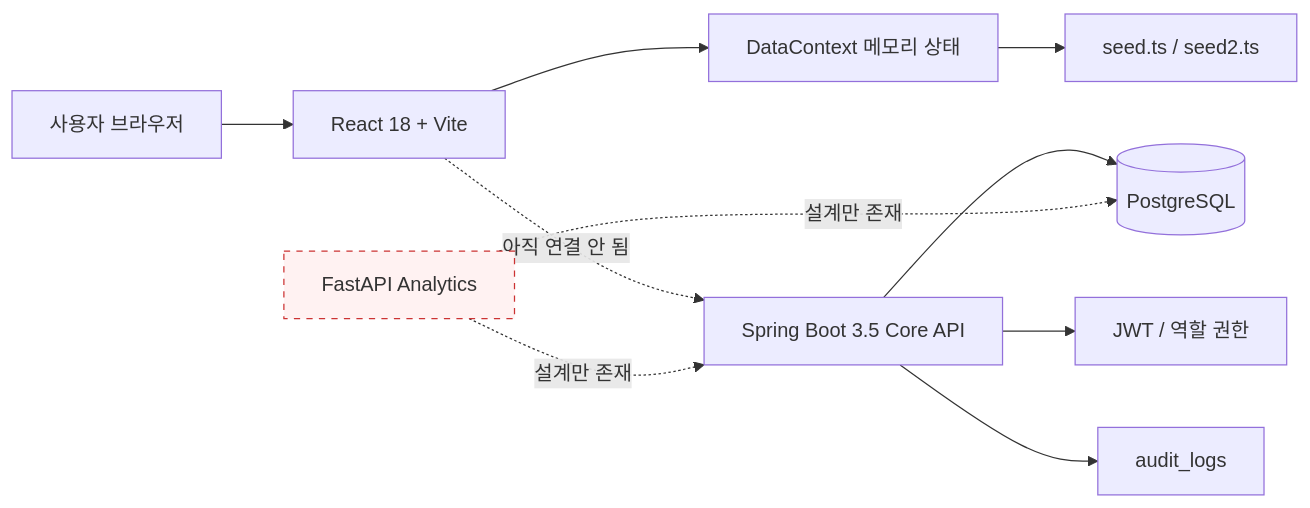
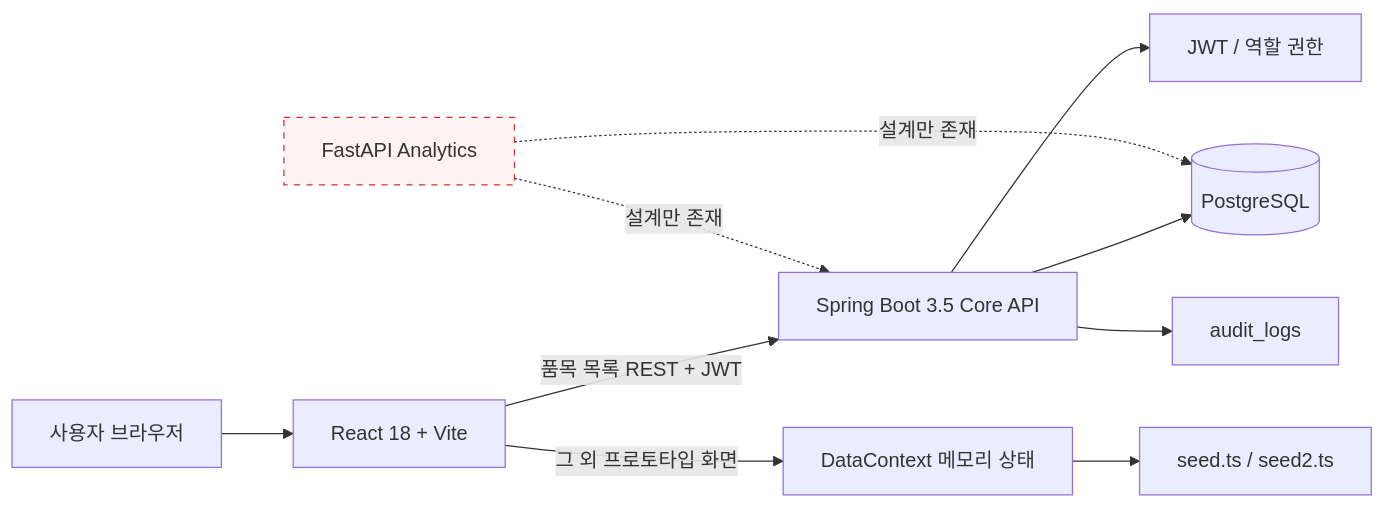
Before and after one commit to imorangepie20/ERP-Approid: the diagram in docs/PROJECT_HANDOVER.md, drawn with Mermaid. The commit also changed other lines of this file and 16 other files, not shown here.

First line of the commit message:
feat(items): connect item list to core API

````diff
--- a/docs/PROJECT_HANDOVER.md
+++ b/docs/PROJECT_HANDOVER.md
@@ -37,16 +37,16 @@
 ```mermaid
 flowchart LR
     U[사용자 브라우저] --> F[React 18 + Vite]
-    F --> M[DataContext 메모리 상태]
+    F -->|품목 목록 REST + JWT| B[Spring Boot 3.5 Core API]
+    F -->|그 외 프로토타입 화면| M[DataContext 메모리 상태]
     M --> S[seed.ts / seed2.ts]
 
-    B[Spring Boot 3.5 Core API] --> P[(PostgreSQL)]
+    B --> P[(PostgreSQL)]
     B --> J[JWT / 역할 권한]
     B --> A[audit_logs]
 
-    F -. 아직 연결 안 됨 .-> B
     X[FastAPI Analytics]:::missing -. 설계만 존재 .-> B
     X -. 설계만 존재 .-> P
 
     classDef missing fill:#fff2f2,stroke:#c33,stroke-dasharray:5 5;
 ```
````
